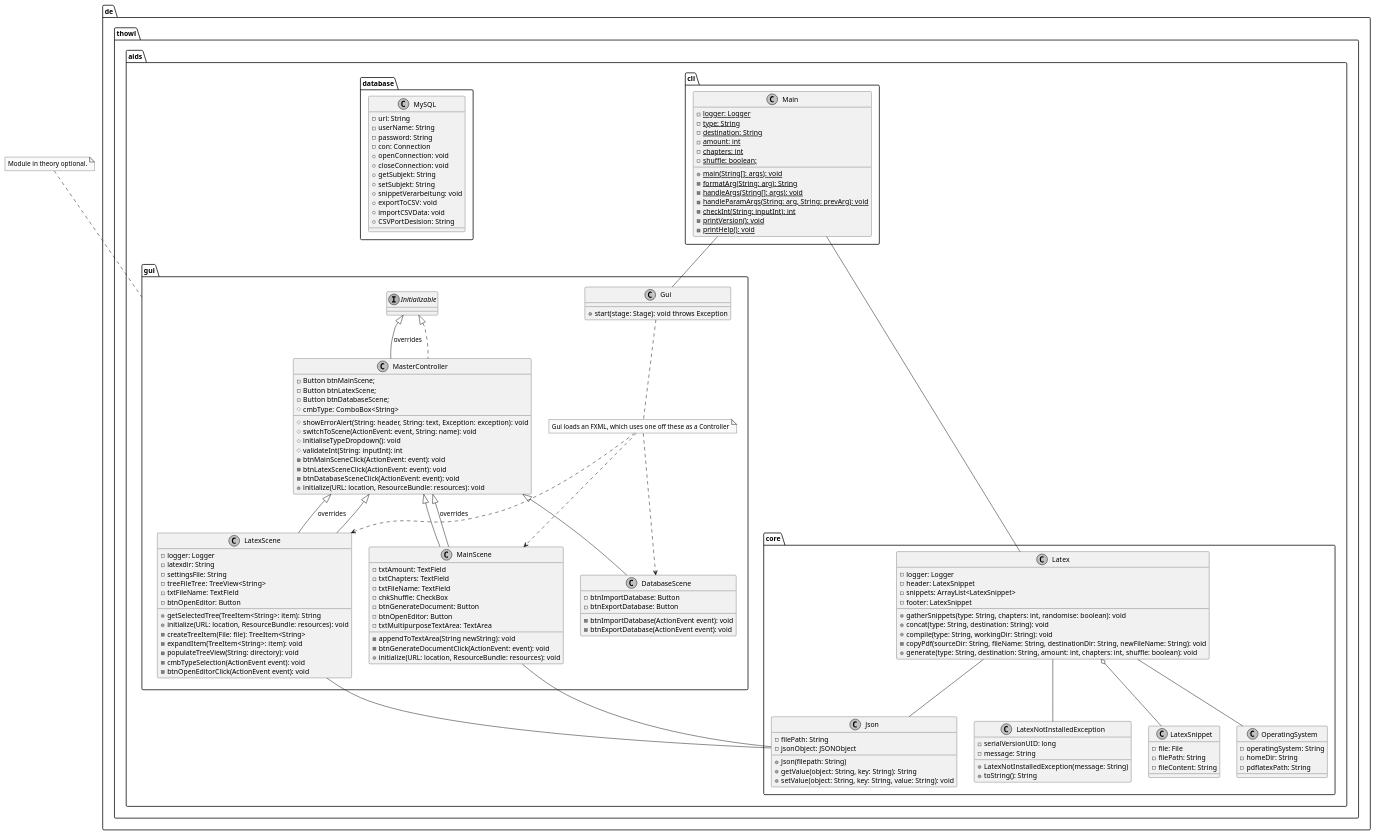
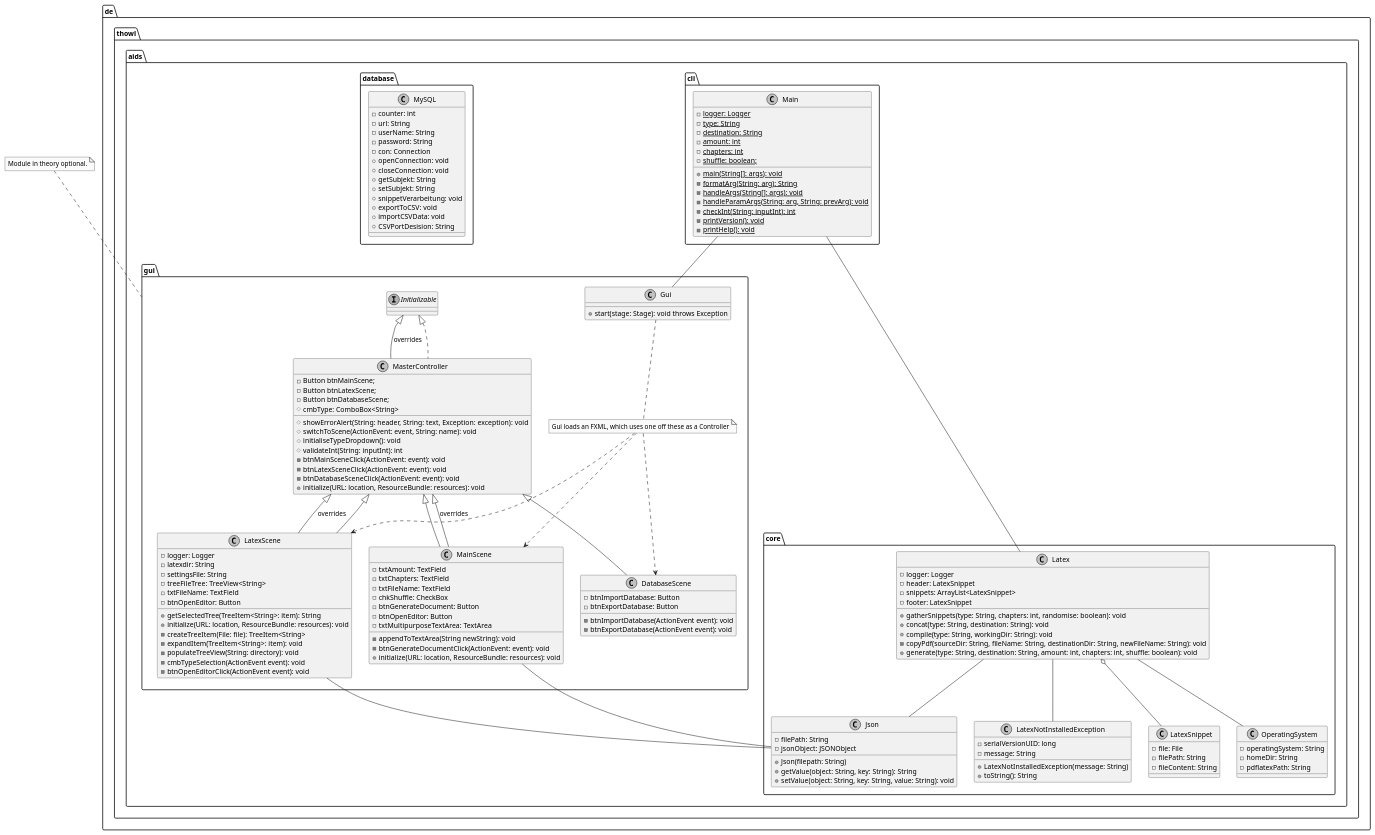
The diagram in docs/dev/technical_documentation/diagramm/uml/aids.puml (j0giwa/autonomous-instant-documents), drawn with PlantUML before and after one commit. The commit also changed 1 other file, not shown here.

```diff
--- a/docs/dev/technical_documentation/diagramm/uml/aids.puml
+++ b/docs/dev/technical_documentation/diagramm/uml/aids.puml
@@ -1,161 +1,162 @@
 @startuml aids
 
 skinparam monochrome true
 
 de.thowl.aids.cli.Main -- de.thowl.aids.gui.Gui
 de.thowl.aids.cli.Main -- de.thowl.aids.core.Latex
 de.thowl.aids.gui.MainScene -- de.thowl.aids.core.Json
 de.thowl.aids.gui.LatexScene -- de.thowl.aids.core.Json
 
 package de.thowl.aids.cli {
 	class Main {
 		- {static} logger: Logger
 		- {static} type: String
 		- {static} destination: String
 		- {static} amount: int
 		- {static} chapters: int
 		- {static} shuffle: boolean;
 		+ {static} main(String[]: args): void
 		- {static} formatArg(String: arg): String
 		- {static} handleArgs(String[]: args): void
 		- {static} handleParamArgs(String: arg, String: prevArg): void
 		- {static} checkInt(String: inputInt): int
 		- {static} printVersion(): void
 		- {static} printHelp(): void
 	}
 }
 
 package de.thowl.aids.core {
 	class Latex {
 		- logger: Logger
 		- header: LatexSnippet
 		- snippets: ArrayList<LatexSnippet>
 		- footer: LatexSnippet
 		+ gatherSnippets(type: String, chapters: int, randomise: boolean): void
 		+ concat(type: String, destination: String): void
 		+ compile(type: String, workingDir: String): void
 		- copyPdf(sourceDir: String, fileName: String, destinationDir: String, newFileName: String): void
 		+ generate(type: String, destination: String, amount: int, chapters: int, shuffle: boolean): void
 	}
 
 	Latex o-- LatexSnippet 
 	Latex -- OperatingSystem
 	Latex -- Json
 	Latex -- LatexNotInstalledException
 
 	class OperatingSystem {
 		- operatingSystem: String
 		- homeDir: String
 		- pdflatexPath: String
 	}
 
 	class Json {
 		- filePath: String
 		- jsonObject: JSONObject
 		+ Json(filepath: String)
 		+ getValue(object: String, key: String): String
 		+ setValue(object: String, key: String, value: String): void
 	}
 
 	class LatexNotInstalledException {
 		- serialVersionUID: long
 		- message: String
 		+ LatexNotInstalledException(message: String)
 		+ toString(): String
 	}
 
 	class LatexSnippet {
 		- file: File
 		- filePath: String
 		- fileContent: String
 	}
 
 }
 
 note top of de.thowl.aids.gui : Module in theory optional.
 package de.thowl.aids.gui {
 	class Gui {
 		+ start(stage: Stage): void throws Exception
 	}
 
 	note "Gui loads an FXML, which uses one off these as a Controller" as N1
 	Gui .. N1
 	N1 ..> de.thowl.aids.gui.MainScene
 	N1 ..> de.thowl.aids.gui.LatexScene
 	N1 ..> de.thowl.aids.gui.DatabaseScene
 
 	class MasterController implements Initializable{
 	        - Button btnMainScene;
 	        - Button btnLatexScene;
 	        - Button btnDatabaseScene;
 	        # cmbType: ComboBox<String>
 	        # showErrorAlert(String: header, String: text, Exception: exception): void
 	        # switchToScene(ActionEvent: event, String: name): void
 	        # initialiseTypeDropdown(): void
 	        # validateInt(String: inputInt): int
 	        - btnMainSceneClick(ActionEvent: event): void
 	        - btnLatexSceneClick(ActionEvent: event): void
 	        - btnDatabaseSceneClick(ActionEvent: event): void
 	        + initialize(URL: location, ResourceBundle: resources): void
 	}
 
 	class MainScene extends MasterController {
 	        - txtAmount: TextField
 	        - txtChapters: TextField
 	        - txtFileName: TextField
 	        - chkShuffle: CheckBox
 	        - btnGenerateDocument: Button
 	        - btnOpenEditor: Button
 	        - txtMultipurposeTextArea: TextArea
 	        - appendToTextArea(String newString): void
 	        - btnGenerateDocumentClick(ActionEvent: event): void
 	        + initialize(URL: location, ResourceBundle: resources): void
 	}
 
 	class LatexScene extends MasterController {
 	        - logger: Logger
 	        - latexdir: String
 	        - settingsFile: String
 	        - treeFileTree: TreeView<String>
 	        - txtFileName: TextField
 	        - btnOpenEditor: Button
 	        + getSelectedTree(TreeItem<String>: item): String
 	        + initialize(URL: location, ResourceBundle: resources): void
 	        - createTreeItem(File: file): TreeItem<String>
 	        - expandItem(TreeItem<String>: item): void
 	        - populateTreeView(String: directory): void
 	        - cmbTypeSelection(ActionEvent event): void
 	        - btnOpenEditorClick(ActionEvent event): void
       	}
 
         class DatabaseScene extends MasterController {
 	        - btnImportDatabase: Button
 	        - btnExportDatabase: Button
 	        - btnImportDatabase(ActionEvent event): void
 	        - btnExportDatabase(ActionEvent event): void
 	}
 
         Initializable <|-- MasterController : overrides
         MasterController <|-- MainScene : overrides
         MasterController <|-- LatexScene : overrides
         
 }
 
 package de.thowl.aids.database {
         class MySQL{
+				- counter: int
                 - url: String
                 - userName: String
                 - password: String
                 - con: Connection
                 + openConnection: void
                 + closeConnection: void
                 + getSubjekt: String
                 + setSubjekt: String
 				        + snippetVerarbeitung: void
 				        + exportToCSV: void
 				        + importCSVData: void
 				        + CSVPortDesision: String
         }
 }
 
 @enduml
```
